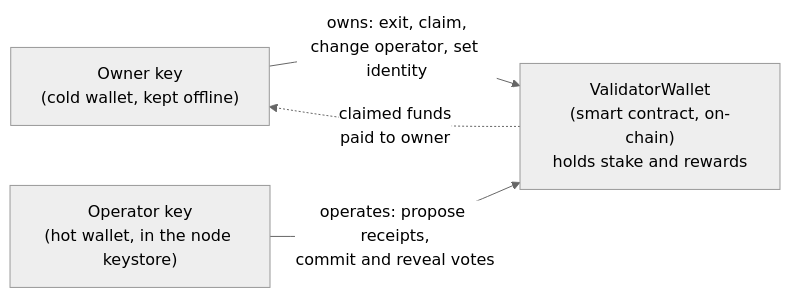
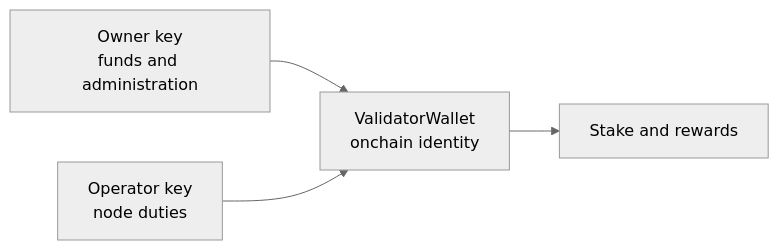
One commit to genlayerlabs/genlayer-docs changed the diagram in pages/understand-genlayer-protocol/core-concepts/optimistic-democracy/staking.mdx. Above: the diagram before and after it, drawn with Mermaid (neutral theme). The commit also changed other lines of this file and 39 other files, not shown here.

````diff
--- a/pages/understand-genlayer-protocol/core-concepts/optimistic-democracy/staking.mdx
+++ b/pages/understand-genlayer-protocol/core-concepts/optimistic-democracy/staking.mdx
@@ -38,10 +24,6 @@
 ```mermaid
-graph LR
-    Owner["Owner key<br/>(cold wallet, kept offline)"]
-    Operator["Operator key<br/>(hot wallet, in the node keystore)"]
-    VW["ValidatorWallet<br/>(smart contract, on-chain)<br/>holds stake and rewards"]
-
-    Owner -->|"owns: exit, claim,<br/>change operator, set identity"| VW
-    Operator -->|"operates: propose receipts,<br/>commit and reveal votes"| VW
-    VW -.->|"claimed funds<br/>paid to owner"| Owner
+flowchart LR
+    Owner[Owner key<br/>funds and administration] --> Wallet[ValidatorWallet<br/>onchain identity]
+    Operator[Operator key<br/>node duties] --> Wallet
+    Wallet --> Stake[Stake and rewards]
 ```
````
